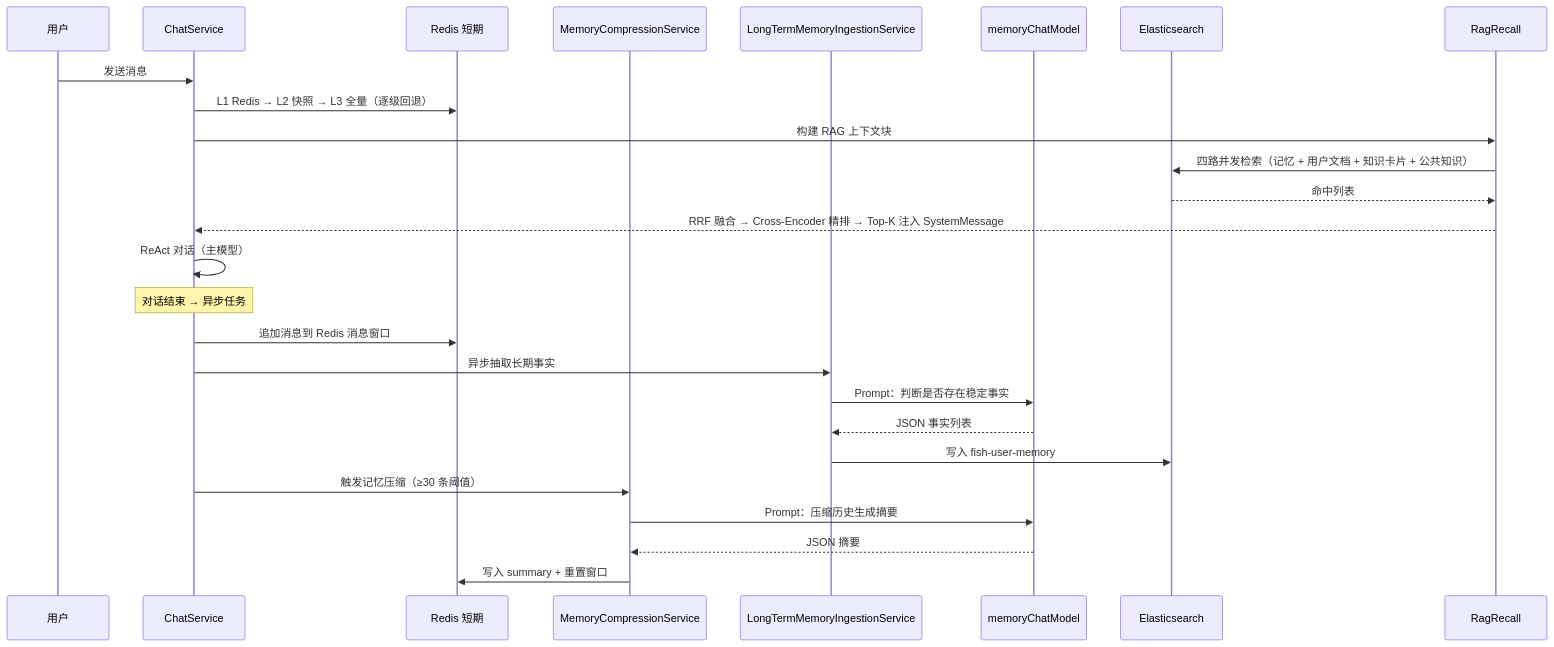
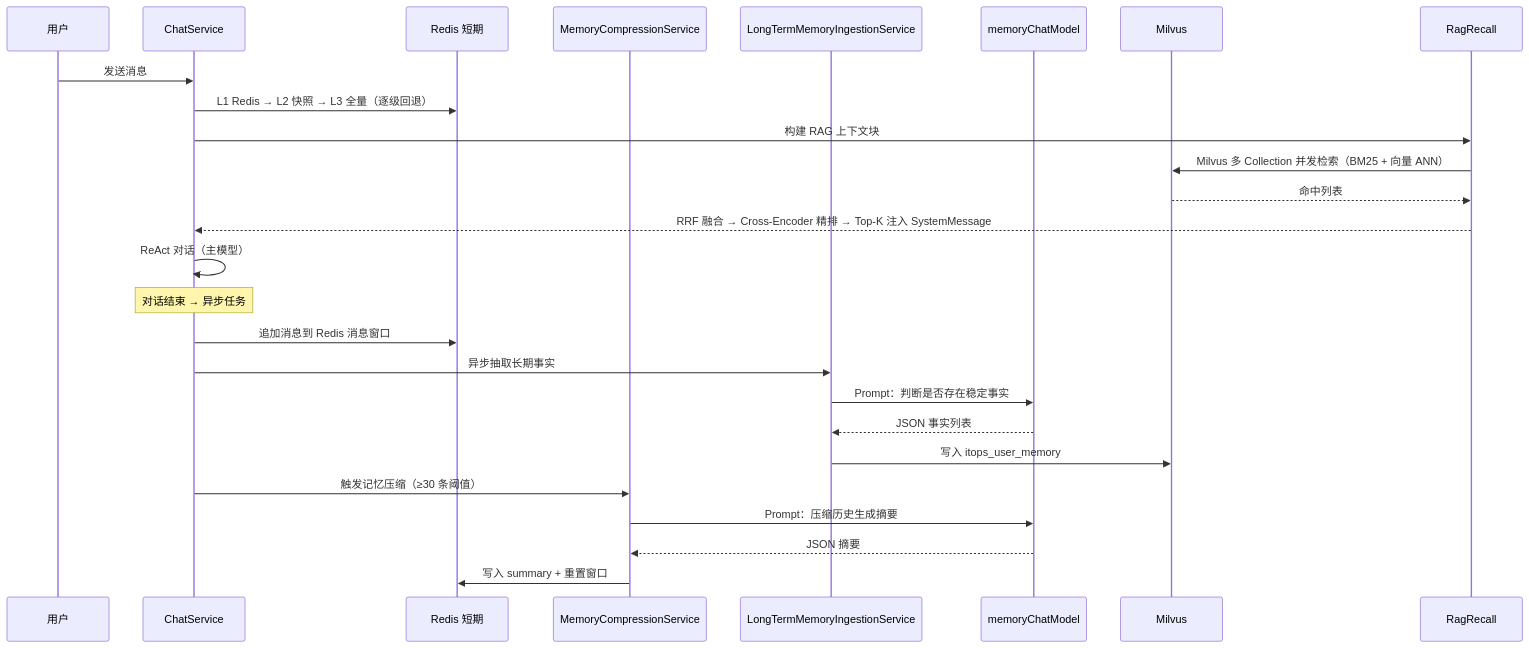
The second of 3 diagrams in README.md (GodvFocus/ItOpsAgent), drawn with Mermaid before and after one commit. The commit also changed other lines of this file and 18 other files, not shown here.

````diff
--- a/README.md
+++ b/README.md
@@ -74,30 +73,30 @@
 ```mermaid
 sequenceDiagram
     participant User as 用户
     participant CS as ChatService
     participant STS as Redis 短期
     participant Compress as MemoryCompressionService
     participant Ingest as LongTermMemoryIngestionService
     participant LLM as memoryChatModel
-    participant ES as Elasticsearch
+    participant MS as Milvus
     participant RAG as RagRecall
 
     User->>CS: 发送消息
     CS->>STS: L1 Redis → L2 快照 → L3 全量（逐级回退）
     CS->>RAG: 构建 RAG 上下文块
-    RAG->>ES: 四路并发检索（记忆 + 用户文档 + 知识卡片 + 公共知识）
-    ES-->>RAG: 命中列表
+    RAG->>MS: Milvus 多 Collection 并发检索（BM25 + 向量 ANN）
+    MS-->>RAG: 命中列表
     RAG-->>CS: RRF 融合 → Cross-Encoder 精排 → Top-K 注入 SystemMessage
     CS->>CS: ReAct 对话（主模型）
 
     Note over CS: 对话结束 → 异步任务
     CS->>STS: 追加消息到 Redis 消息窗口
     CS->>Ingest: 异步抽取长期事实
     Ingest->>LLM: Prompt：判断是否存在稳定事实
     LLM-->>Ingest: JSON 事实列表
-    Ingest->>ES: 写入 fish-user-memory
+    Ingest->>MS: 写入 itops_user_memory
     CS->>Compress: 触发记忆压缩（≥30 条阈值）
     Compress->>LLM: Prompt：压缩历史生成摘要
     LLM-->>Compress: JSON 摘要
     Compress->>STS: 写入 summary + 重置窗口
 ```
````
